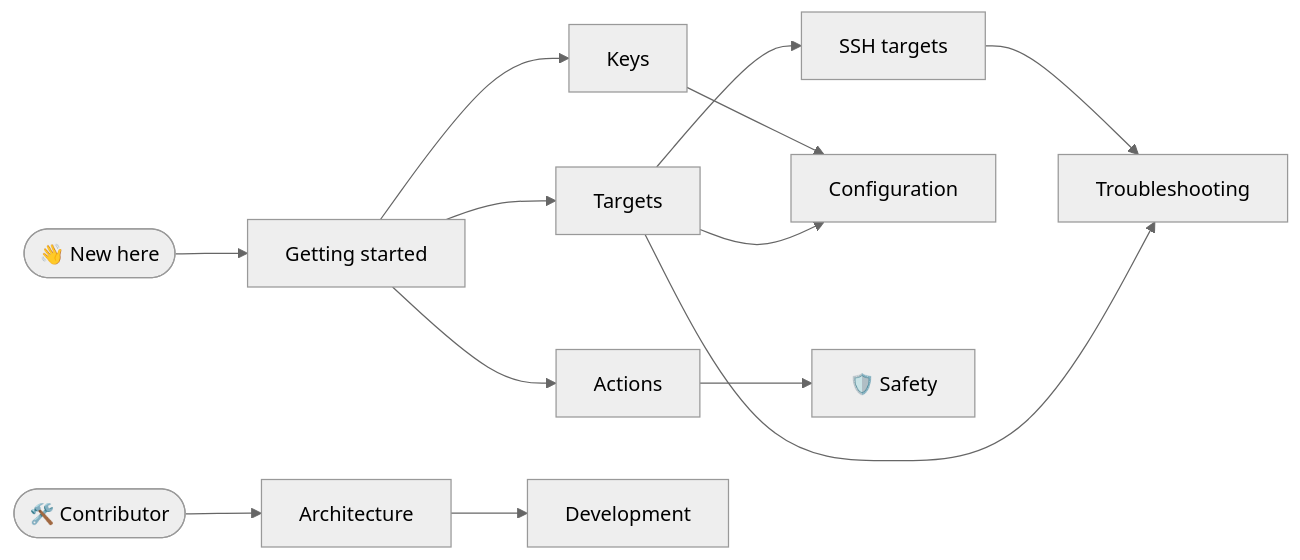
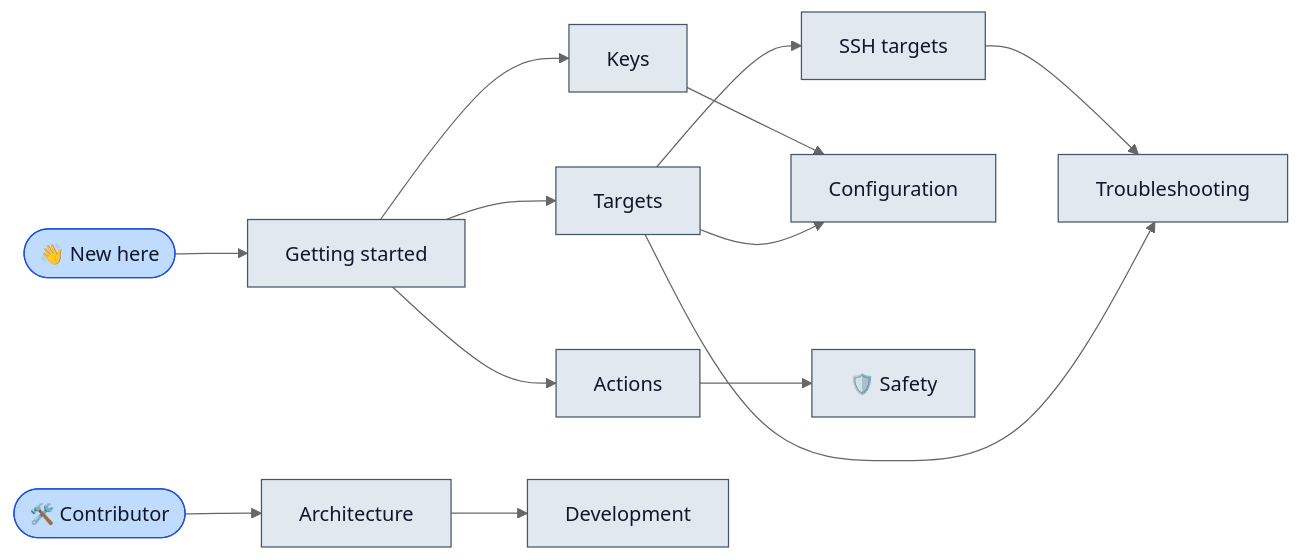
One commit to rbobillot/lazyrex changed the diagram in docs/index.md. Above: the diagram before and after it, drawn with Mermaid (neutral theme). The commit also changed 11 other files, not shown here.

Commit message:
docs: color the mermaid diagrams

````diff
--- a/docs/index.md
+++ b/docs/index.md
@@ -7,15 +7,24 @@
 ```mermaid
 flowchart LR
     start(["👋 New here"]) --> gs["Getting started"]
     gs --> keys["Keys"]
     gs --> actions["Actions"]
     gs --> targets["Targets"]
     targets --> ssh["SSH targets"]
     keys --> config["Configuration"]
     targets --> config
     actions --> safety["🛡️ Safety"]
     ssh --> trouble["Troubleshooting"]
     targets --> trouble
     contrib(["🛠️ Contributor"]) --> arch["Architecture"]
     arch --> dev["Development"]
+    classDef entry fill:#bfdbfe,stroke:#1d4ed8,color:#0f172a
+    classDef step fill:#e2e8f0,stroke:#475569,color:#0f172a
+    classDef decision fill:#fde68a,stroke:#b45309,color:#1c1917
+    classDef caution fill:#fed7aa,stroke:#c2410c,color:#1c1917
+    classDef success fill:#bbf7d0,stroke:#15803d,color:#052e16
+    classDef failure fill:#fecaca,stroke:#b91c1c,color:#450a0a
+    classDef rexside fill:#99f6e4,stroke:#0f766e,color:#042f2e
+    class start,contrib entry
+    class gs,keys,actions,targets,ssh,config,safety,trouble,arch,dev step
 ```
````
